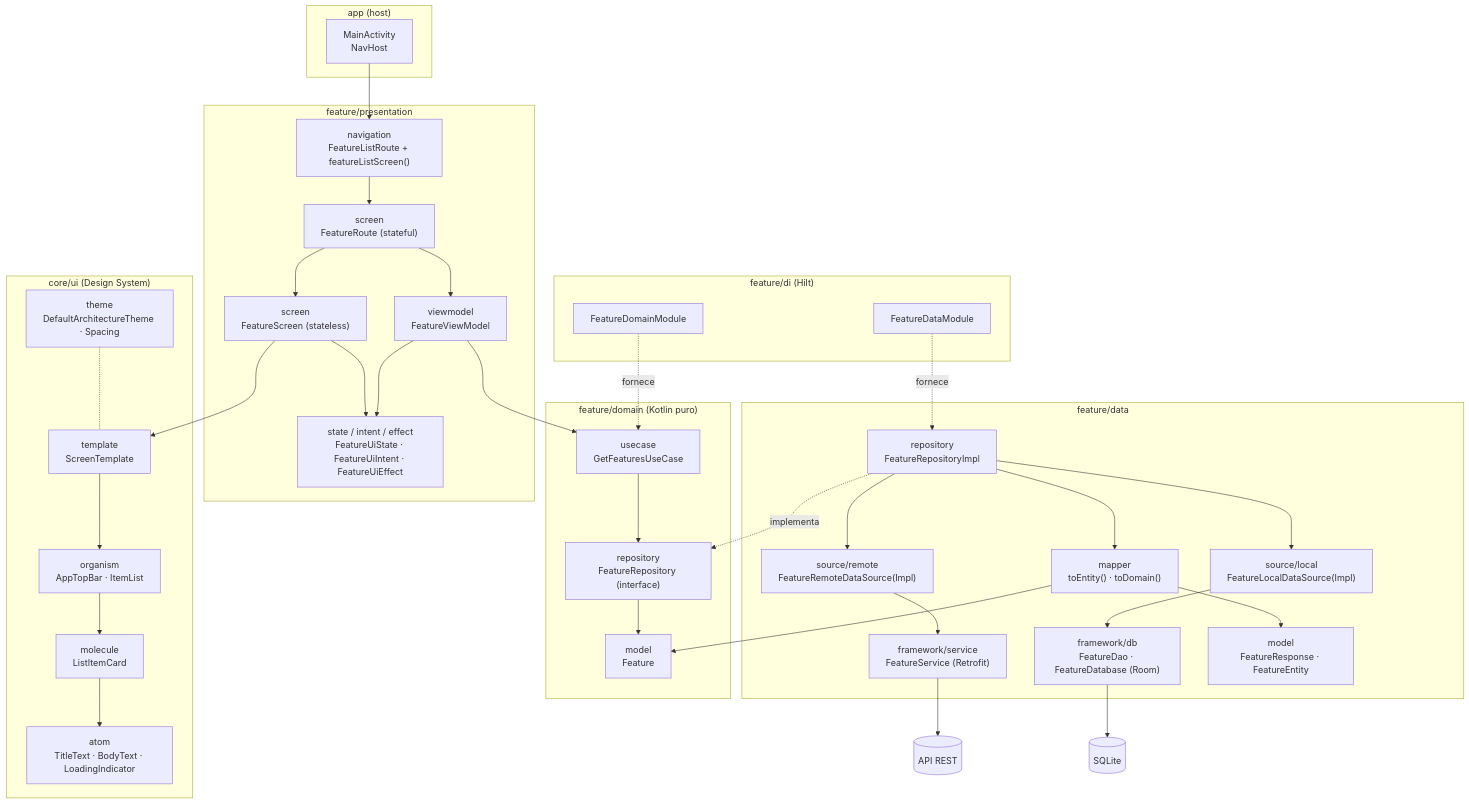
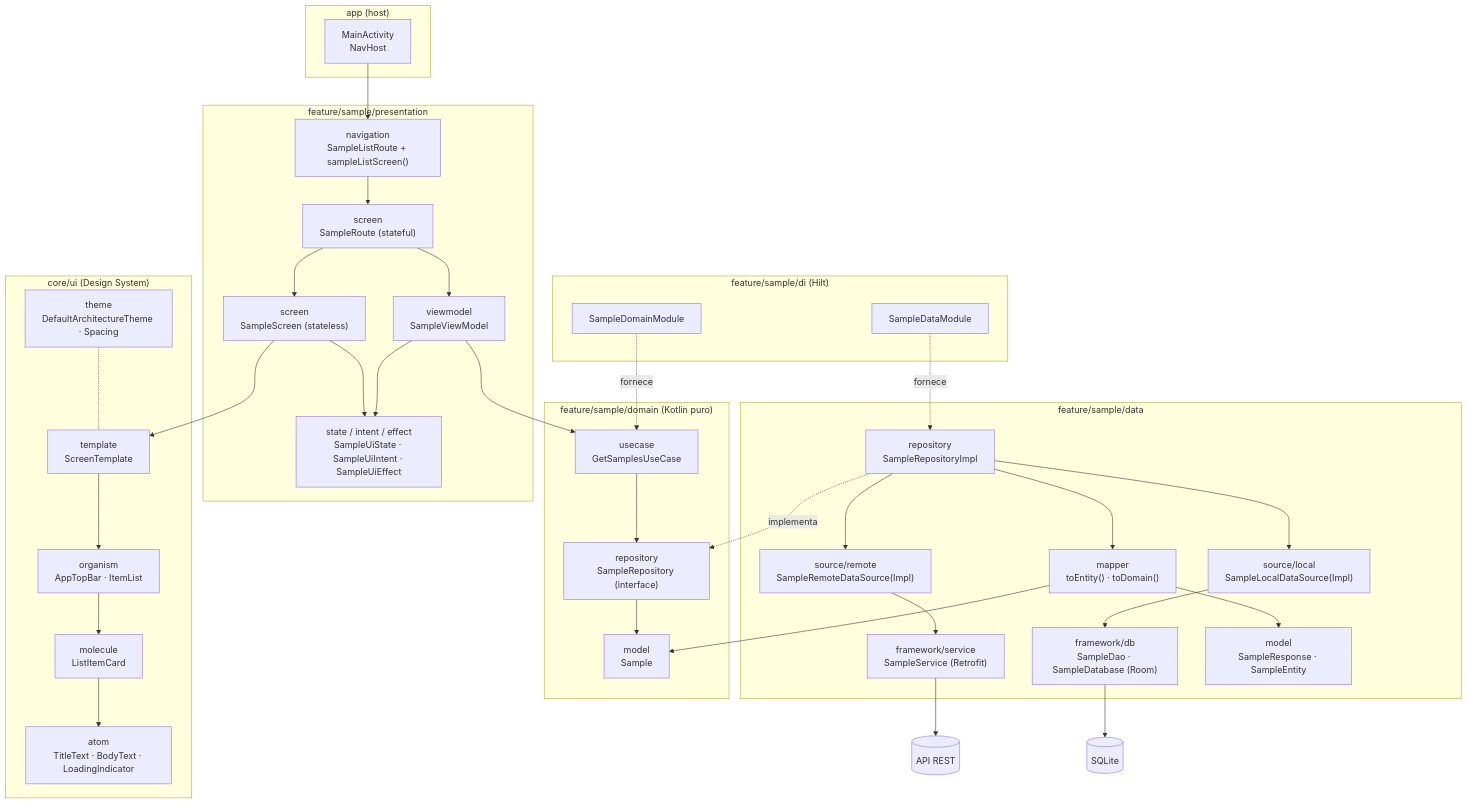
One commit to giovannicmelo/default-architecture changed the diagram in README.md. Above: the diagram before and after it, drawn with Mermaid. The commit also changed other lines of this file, not shown here.

First line of the commit message:
Document the feature/<name> layout in the README

````diff
--- a/README.md
+++ b/README.md
@@ -11,68 +11,68 @@
 ```mermaid
 flowchart TB
     subgraph APP["app (host)"]
         Activity["MainActivity<br/>NavHost"]
     end
 
-    subgraph PRESENTATION["feature/presentation"]
-        Nav["navigation<br/>FeatureListRoute + featureListScreen()"]
-        Route["screen<br/>FeatureRoute (stateful)"]
-        Screen["screen<br/>FeatureScreen (stateless)"]
-        VM["viewmodel<br/>FeatureViewModel"]
-        Contract["state / intent / effect<br/>FeatureUiState · FeatureUiIntent · FeatureUiEffect"]
+    subgraph PRESENTATION["feature/sample/presentation"]
+        Nav["navigation<br/>SampleListRoute + sampleListScreen()"]
+        Route["screen<br/>SampleRoute (stateful)"]
+        Screen["screen<br/>SampleScreen (stateless)"]
+        VM["viewmodel<br/>SampleViewModel"]
+        Contract["state / intent / effect<br/>SampleUiState · SampleUiIntent · SampleUiEffect"]
     end
 
     subgraph DESIGN["core/ui (Design System)"]
         Theme["theme<br/>DefaultArchitectureTheme · Spacing"]
         Template["template<br/>ScreenTemplate"]
         Organism["organism<br/>AppTopBar · ItemList"]
         Molecule["molecule<br/>ListItemCard"]
         Atom["atom<br/>TitleText · BodyText · LoadingIndicator"]
     end
 
-    subgraph DOMAIN["feature/domain (Kotlin puro)"]
-        UseCase["usecase<br/>GetFeaturesUseCase"]
-        RepoContract["repository<br/>FeatureRepository (interface)"]
-        DomainModel["model<br/>Feature"]
+    subgraph DOMAIN["feature/sample/domain (Kotlin puro)"]
+        UseCase["usecase<br/>GetSamplesUseCase"]
+        RepoContract["repository<br/>SampleRepository (interface)"]
+        DomainModel["model<br/>Sample"]
     end
 
-    subgraph DATA["feature/data"]
-        RepoImpl["repository<br/>FeatureRepositoryImpl"]
+    subgraph DATA["feature/sample/data"]
+        RepoImpl["repository<br/>SampleRepositoryImpl"]
         Mapper["mapper<br/>toEntity() · toDomain()"]
-        Remote["source/remote<br/>FeatureRemoteDataSource(Impl)"]
-        Local["source/local<br/>FeatureLocalDataSource(Impl)"]
-        Service["framework/service<br/>FeatureService (Retrofit)"]
-        Db["framework/db<br/>FeatureDao · FeatureDatabase (Room)"]
-        DataModel["model<br/>FeatureResponse · FeatureEntity"]
+        Remote["source/remote<br/>SampleRemoteDataSource(Impl)"]
+        Local["source/local<br/>SampleLocalDataSource(Impl)"]
+        Service["framework/service<br/>SampleService (Retrofit)"]
+        Db["framework/db<br/>SampleDao · SampleDatabase (Room)"]
+        DataModel["model<br/>SampleResponse · SampleEntity"]
     end
 
-    subgraph DI["feature/di (Hilt)"]
-        DataModule["FeatureDataModule"]
-        DomainModule["FeatureDomainModule"]
+    subgraph DI["feature/sample/di (Hilt)"]
+        DataModule["SampleDataModule"]
+        DomainModule["SampleDomainModule"]
     end
 
     API[("API REST")]
     SQLite[("SQLite")]
 
     Activity --> Nav --> Route
     Route --> VM
     Route --> Screen
     VM --> Contract
     Screen --> Contract
     Screen --> Template
     Template --> Organism --> Molecule --> Atom
     Theme -.- Template
 
     VM --> UseCase --> RepoContract
     RepoContract --> DomainModel
 
     RepoImpl -. implementa .-> RepoContract
     RepoImpl --> Remote --> Service --> API
     RepoImpl --> Local --> Db --> SQLite
     RepoImpl --> Mapper
     Mapper --> DataModel
     Mapper --> DomainModel
 
     DataModule -. fornece .-> RepoImpl
     DomainModule -. fornece .-> UseCase
 ```
````
